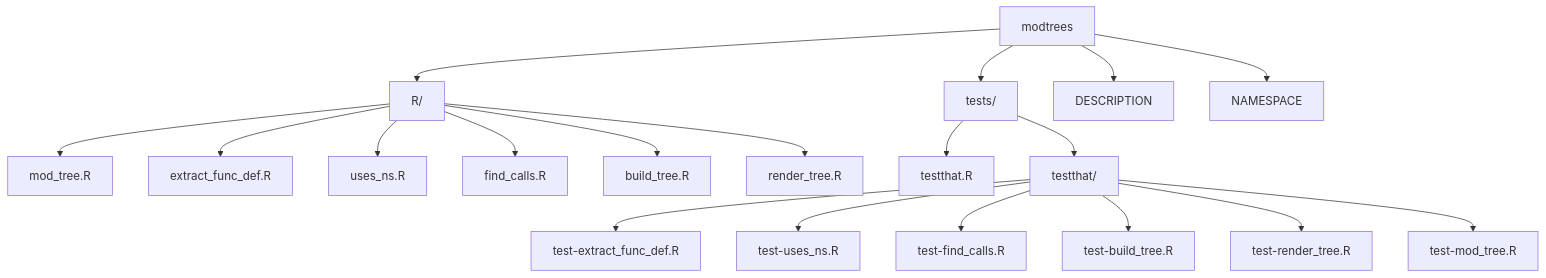
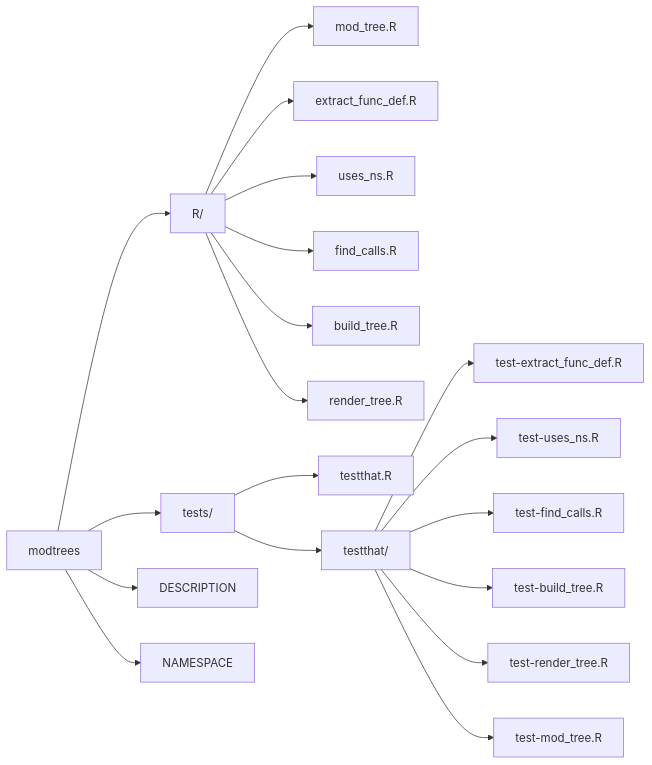
Before and after one commit to mjfrigaard/modtrees: the diagram in README.Rmd, drawn with Mermaid. The commit also changed 1 other file, not shown here.

Commit message:
updates to README

````diff
--- a/README.Rmd
+++ b/README.Rmd
@@ -18,21 +18,21 @@
 ```mermaid
-graph TD
+graph LR
     Pkg["modtrees"] --> R["R/"]
     Pkg --> Tests["tests/"]
     Pkg --> Desc["DESCRIPTION"]
     Pkg --> Ns["NAMESPACE"]
     R --> ModTree["mod_tree.R"]
     R --> Extract["extract_func_def.R"]
     R --> UsesNs["uses_ns.R"]
     R --> FindCalls["find_calls.R"]
     R --> BuildTree["build_tree.R"]
     R --> RenderTree["render_tree.R"]
     Tests --> TH["testthat.R"]
     Tests --> TDir["testthat/"]
     TDir --> T1["test-extract_func_def.R"]
     TDir --> T2["test-uses_ns.R"]
     TDir --> T3["test-find_calls.R"]
     TDir --> T4["test-build_tree.R"]
     TDir --> T5["test-render_tree.R"]
     TDir --> T6["test-mod_tree.R"]
 ```
````
